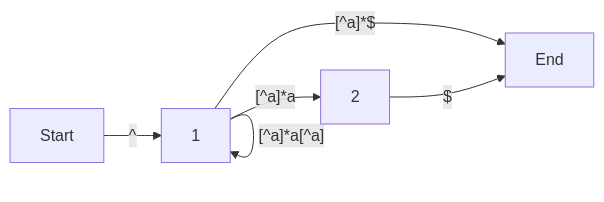
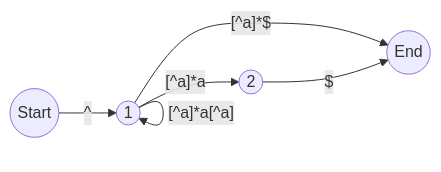
Before and after one commit to tdzl2003/leetcode_live: the eighth of 11 diagrams in regexp/20220102.md, drawn with Mermaid. The commit also changed other lines of this file, not shown here.

Commit message:
DFA用圆形图示

````diff
--- a/regexp/20220102.md
+++ b/regexp/20220102.md
@@ -62,8 +88,12 @@
 ```mermaid
 graph LR
-  Start -- ^ --> 1
-  1 -- "[^a]*a" --> 2
-  1 -- "[^a]*a[^a]" --> 1
-  1 -- "[^a]*$" --> End
-  2 -- $ --> End
+    Start((Start))
+    1((1))
+    2((2))
+    End((End))
+    Start -- ^ --> 1
+    1 -- "[^a]*a" --> 2
+    1 -- "[^a]*a[^a]" --> 1
+    1 -- "[^a]*$" --> End
+    2 -- $ --> End
 ```
````
